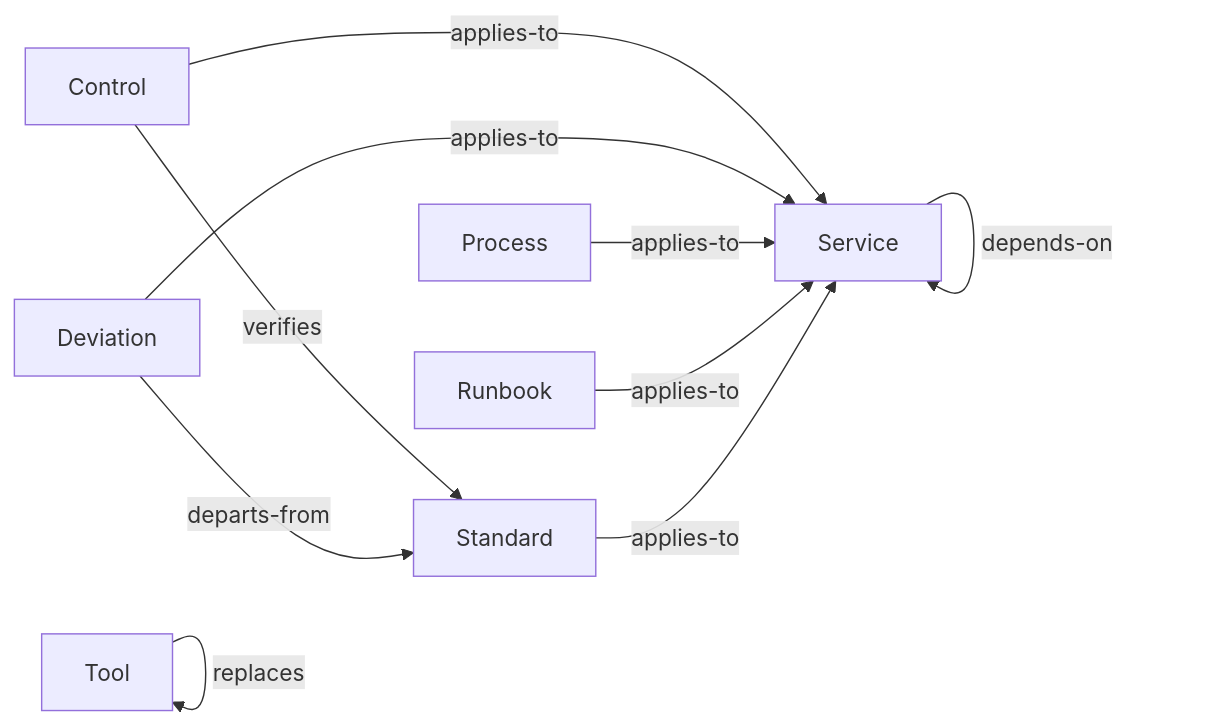
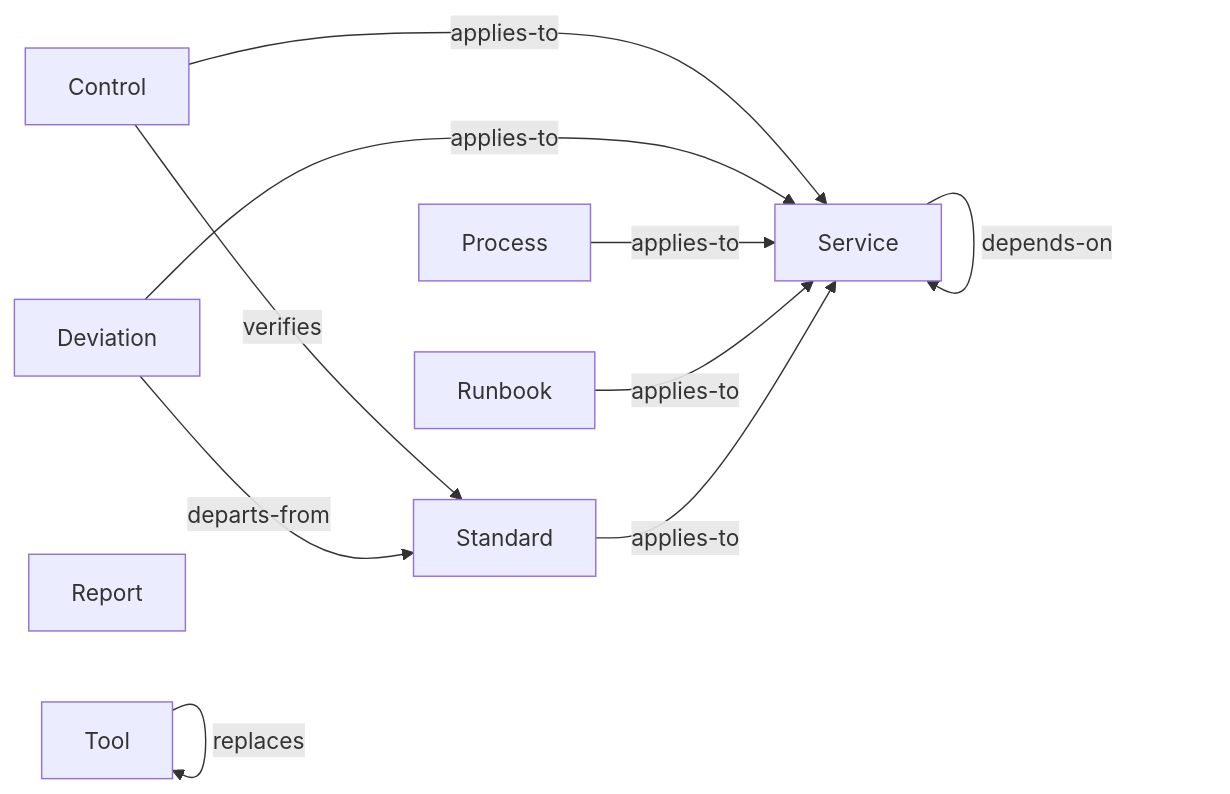
Before and after one commit to paul80nd/knowledge-as-code: the diagram in examples/dog-fooding/knowledge-as-code/taxonomy.md, drawn with Mermaid. The commit also changed other lines of this file and 106 other files, not shown here.

````diff
--- a/examples/dog-fooding/knowledge-as-code/taxonomy.md
+++ b/examples/dog-fooding/knowledge-as-code/taxonomy.md
@@ -87,19 +93,20 @@
 ```mermaid
 graph LR;
   t_controls[Control];
   t_deviations[Deviation];
   t_processes[Process];
+  t_reports[Report];
   t_runbooks[Runbook];
   t_services[Service];
   t_standards[Standard];
   t_tools[Tool];
   t_controls -- applies-to --> t_services;
   t_controls -- verifies --> t_standards;
   t_deviations -- applies-to --> t_services;
   t_deviations -- departs-from --> t_standards;
   t_processes -- applies-to --> t_services;
   t_runbooks -- applies-to --> t_services;
   t_services -- depends-on --> t_services;
   t_standards -- applies-to --> t_services;
   t_tools -- replaces --> t_tools;
 ```
````
